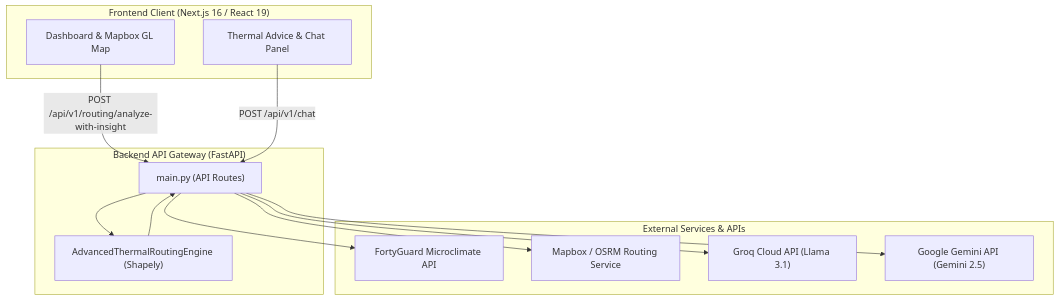
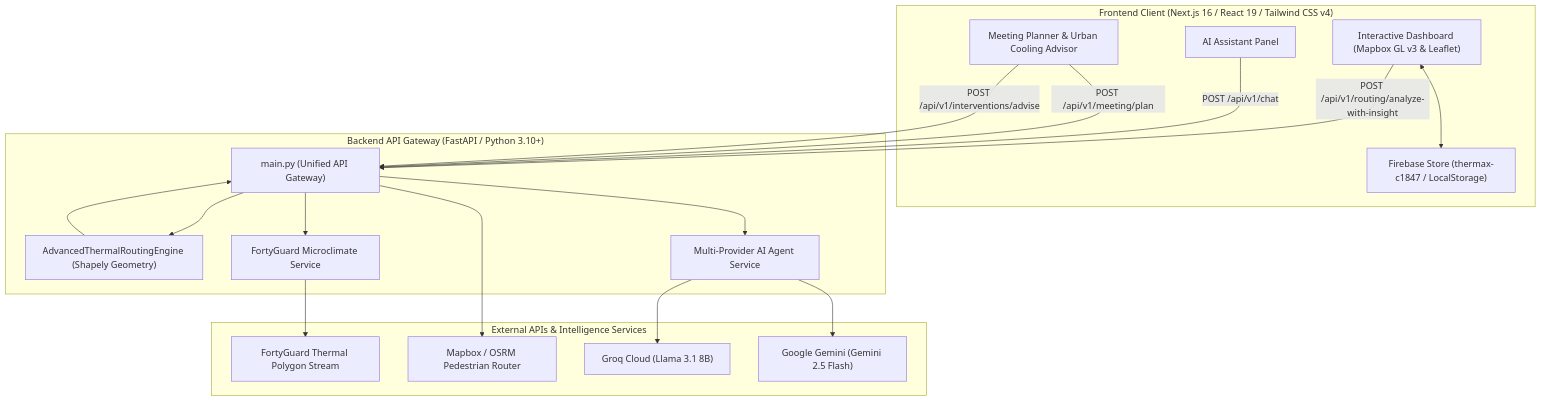
Before and after one commit to maryam305/Thermax: the diagram in README.md, drawn with Mermaid. The commit also changed other lines of this file and 19 other files, not shown here.

````diff
--- a/README.md
+++ b/README.md
@@ -50,28 +58,38 @@
 ```mermaid
 flowchart TD
-    subgraph Client["Frontend Client (Next.js 16 / React 19)"]
-        UI[Dashboard & Mapbox GL Map]
-        Panel[Thermal Advice & Chat Panel]
+    subgraph Client["Frontend Client (Next.js 16 / React 19 / Tailwind CSS v4)"]
+        UI["Interactive Dashboard (Mapbox GL v3 & Leaflet)"]
+        Chat["AI Assistant Panel"]
+        Planner["Meeting Planner & Urban Cooling Advisor"]
+        FB["Firebase Store (thermax-c1847 / LocalStorage)"]
     end
 
-    subgraph Gateway["Backend API Gateway (FastAPI)"]
-        Router["main.py (API Routes)"]
-        Engine["AdvancedThermalRoutingEngine (Shapely)"]
+    subgraph Gateway["Backend API Gateway (FastAPI / Python 3.10+)"]
+        Router["main.py (Unified API Gateway)"]
+        Engine["AdvancedThermalRoutingEngine (Shapely Geometry)"]
+        FortyGuardSvc["FortyGuard Microclimate Service"]
+        AISvc["Multi-Provider AI Agent Service"]
     end
 
-    subgraph External["External Services & APIs"]
-        FortyGuard["FortyGuard Microclimate API"]
-        MapboxOSRM["Mapbox / OSRM Routing Service"]
-        GroqAPI["Groq Cloud API (Llama 3.1)"]
-        GeminiAPI["Google Gemini API (Gemini 2.5)"]
+    subgraph External["External APIs & Intelligence Services"]
+        FortyGuardAPI["FortyGuard Thermal Polygon Stream"]
+        MapboxOSRM["Mapbox / OSRM Pedestrian Router"]
+        GroqAPI["Groq Cloud (Llama 3.1 8B)"]
+        GeminiAPI["Google Gemini (Gemini 2.5 Flash)"]
     end
 
     UI -->|POST /api/v1/routing/analyze-with-insight| Router
-    Panel -->|POST /api/v1/chat| Router
+    Chat -->|POST /api/v1/chat| Router
+    Planner -->|POST /api/v1/meeting/plan| Router
+    Planner -->|POST /api/v1/interventions/advise| Router
+
     Router --> MapboxOSRM
-    Router --> FortyGuard
+    Router --> FortyGuardSvc
+    FortyGuardSvc --> FortyGuardAPI
     Router --> Engine
     Engine --> Router
-    Router --> GroqAPI
-    Router --> GeminiAPI
+    Router --> AISvc
+    AISvc --> GroqAPI
+    AISvc --> GeminiAPI
+    UI <--> FB
 ```
````
